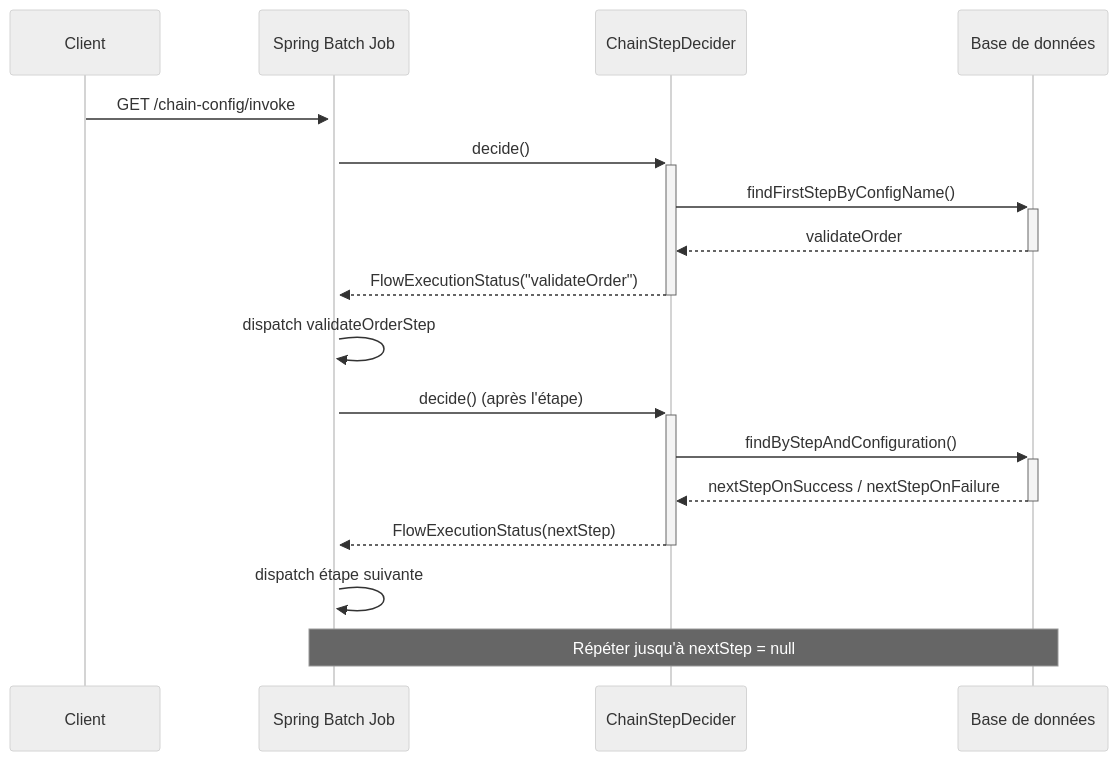
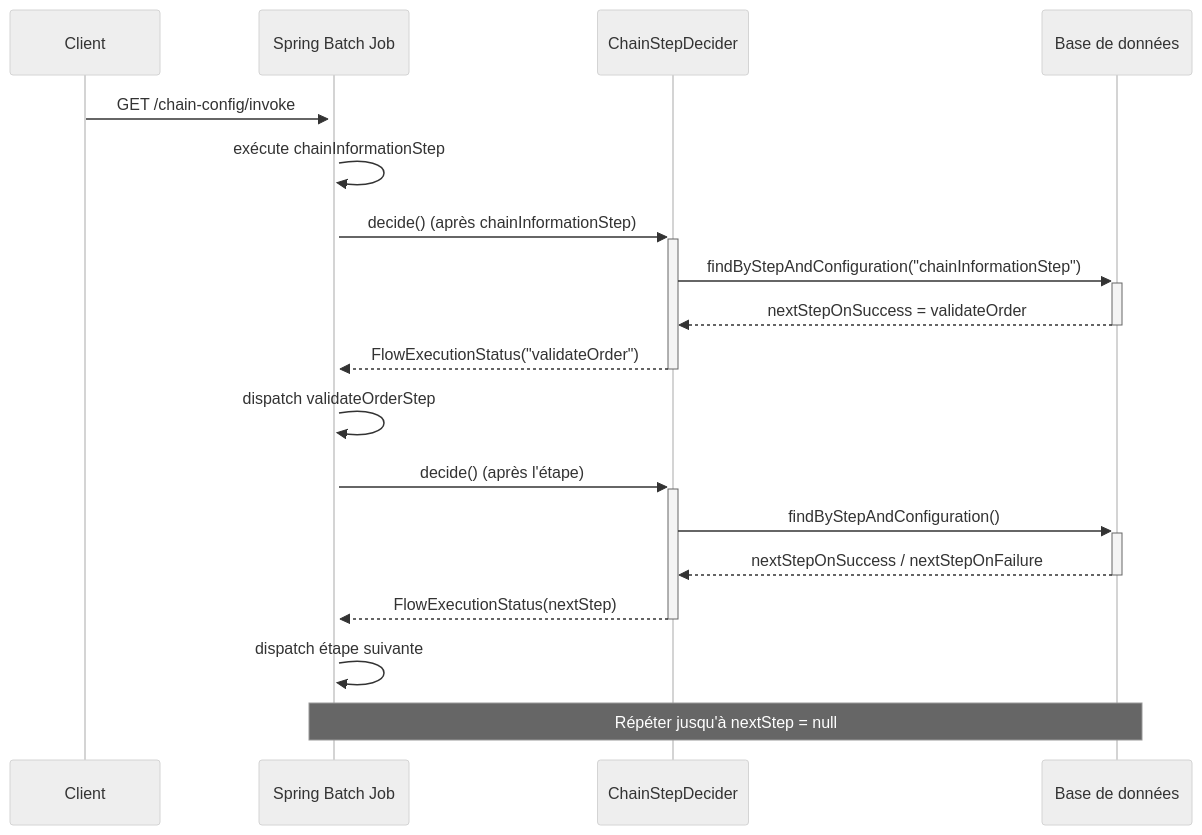
Before and after one commit to Hogwai/hogwai.github.io: the third of 4 diagrams in src/content/posts/fr/database-driven-workflow-engine.md, drawn with Mermaid (neutral theme). The commit also changed other lines of this file and 1 other file, not shown here.

````diff
--- a/src/content/posts/fr/database-driven-workflow-engine.md
+++ b/src/content/posts/fr/database-driven-workflow-engine.md
@@ -411,22 +394,23 @@
 ```mermaid
 sequenceDiagram
     participant C as Client
     participant J as Spring Batch Job
     participant D as ChainStepDecider
     participant DB as Base de données
 
     C->>+J: GET /chain-config/invoke
-    J->>+D: decide()
-    D->>+DB: findFirstStepByConfigName()
-    DB-->>-D: validateOrder
+    J->>J: exécute chainInformationStep
+    J->>+D: decide() (après chainInformationStep)
+    D->>+DB: findByStepAndConfiguration("chainInformationStep")
+    DB-->>-D: nextStepOnSuccess = validateOrder
     D-->>-J: FlowExecutionStatus("validateOrder")
     J->>J: dispatch validateOrderStep
 
     J->>+D: decide() (après l'étape)
     D->>+DB: findByStepAndConfiguration()
     DB-->>-D: nextStepOnSuccess / nextStepOnFailure
     D-->>-J: FlowExecutionStatus(nextStep)
     J->>J: dispatch étape suivante
 
     Note over J,DB: Répéter jusqu'à nextStep = null
 ```
````
